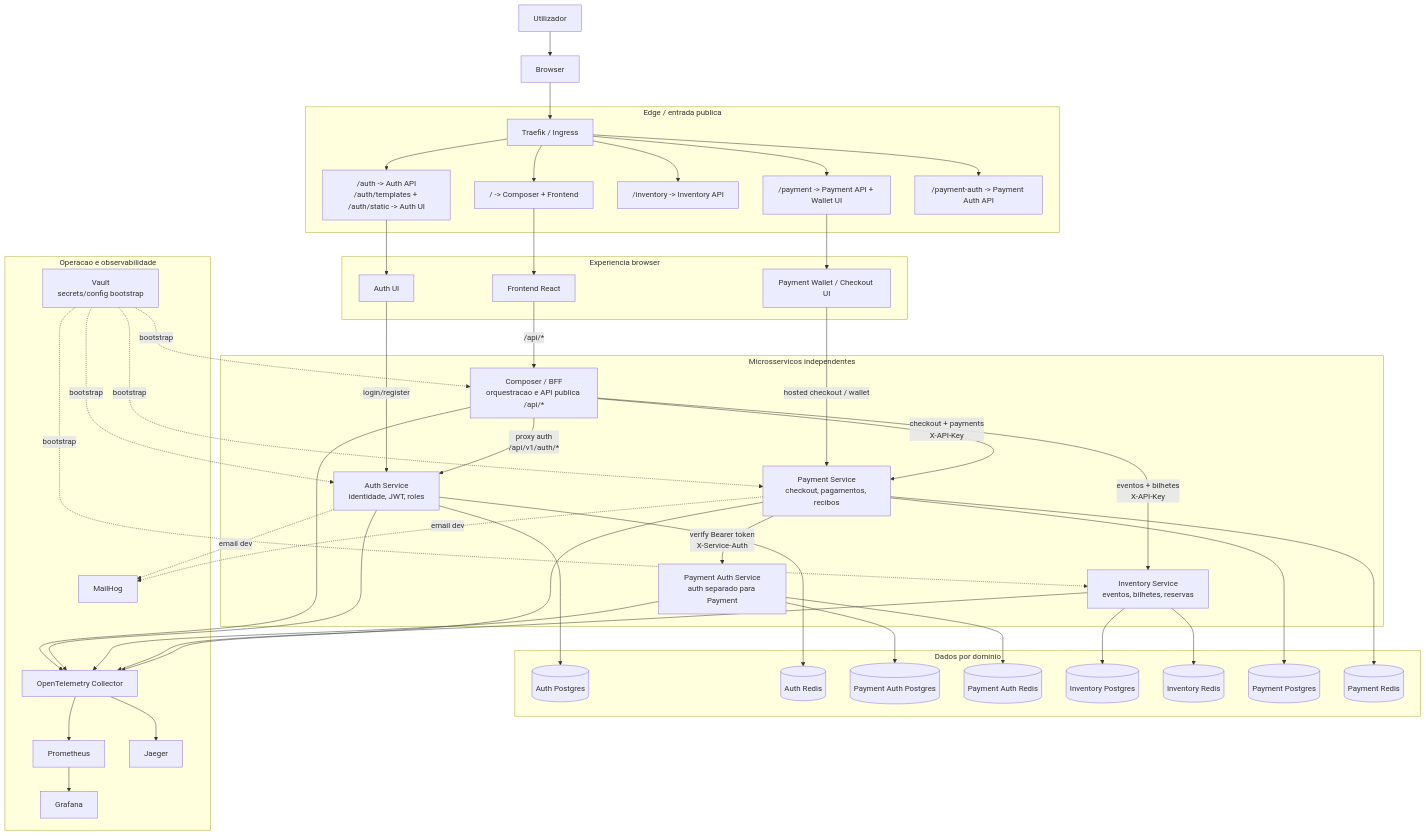
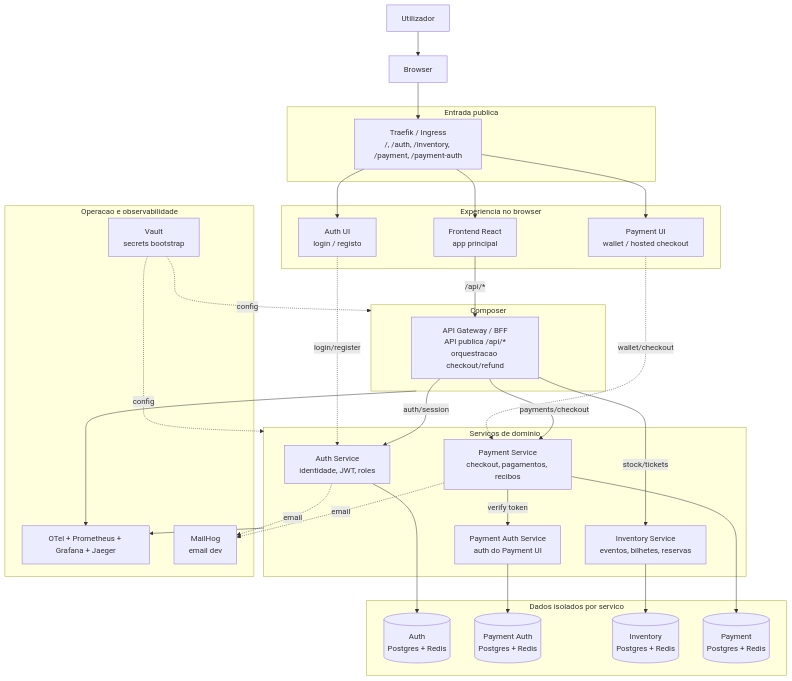
Before and after one commit to andrealex50/composer-egs: the diagram in presentacao/diagrama-arquitectura.md, drawn with Mermaid.

Commit message:
docs: simplify presentation architecture diagram

````diff
--- a/presentacao/diagrama-arquitectura.md
+++ b/presentacao/diagrama-arquitectura.md
@@ -4,90 +4,64 @@
 flowchart TB
     USER["Utilizador"] --> BROWSER["Browser"]
 
-    subgraph EDGE["Edge / entrada publica"]
-        TRAEFIK["Traefik / Ingress"]
-        ROOT["/ -> Composer + Frontend"]
-        AUTH_PUBLIC["/auth -> Auth API<br/>/auth/templates + /auth/static -> Auth UI"]
-        INV_PUBLIC["/inventory -> Inventory API"]
-        PAY_PUBLIC["/payment -> Payment API + Wallet UI"]
-        PAY_AUTH_PUBLIC["/payment-auth -> Payment Auth API"]
+    subgraph EDGE["Entrada publica"]
+        INGRESS["Traefik / Ingress<br/>/, /auth, /inventory, /payment, /payment-auth"]
     end
 
-    BROWSER --> TRAEFIK
-    TRAEFIK --> ROOT
-    TRAEFIK --> AUTH_PUBLIC
-    TRAEFIK --> INV_PUBLIC
-    TRAEFIK --> PAY_PUBLIC
-    TRAEFIK --> PAY_AUTH_PUBLIC
+    BROWSER --> INGRESS
 
-    subgraph FRONTEND["Experiencia browser"]
-        FE["Frontend React"]
-        AUTH_UI["Auth UI"]
-        PAY_UI["Payment Wallet / Checkout UI"]
+    subgraph UI["Experiencia no browser"]
+        FE["Frontend React<br/>app principal"]
+        AUTH_UI["Auth UI<br/>login / registo"]
+        PAY_UI["Payment UI<br/>wallet / hosted checkout"]
     end
 
-    ROOT --> FE
-    AUTH_PUBLIC --> AUTH_UI
-    PAY_PUBLIC --> PAY_UI
+    INGRESS --> FE
+    INGRESS --> AUTH_UI
+    INGRESS --> PAY_UI
 
-    subgraph SERVICES["Microsservicos independentes"]
-        COMPOSER["Composer / BFF<br/>orquestracao e API publica /api/*"]
+    subgraph BFF["Composer"]
+        COMPOSER["API Gateway / BFF<br/>API publica /api/*<br/>orquestracao checkout/refund"]
+    end
+
+    subgraph DOMAIN["Servicos de dominio"]
         AUTH["Auth Service<br/>identidade, JWT, roles"]
         INVENTORY["Inventory Service<br/>eventos, bilhetes, reservas"]
         PAYMENT["Payment Service<br/>checkout, pagamentos, recibos"]
-        PAYMENT_AUTH["Payment Auth Service<br/>auth separado para Payment"]
+        PAYMENT_AUTH["Payment Auth Service<br/>auth do Payment UI"]
     end
 
     FE -->|"/api/*"| COMPOSER
-    AUTH_UI -->|"login/register"| AUTH
-    PAY_UI -->|"hosted checkout / wallet"| PAYMENT
+    AUTH_UI -. login/register .-> AUTH
+    PAY_UI -. wallet/checkout .-> PAYMENT
 
-    COMPOSER -->|"proxy auth<br/>/api/v1/auth/*"| AUTH
-    COMPOSER -->|"eventos + bilhetes<br/>X-API-Key"| INVENTORY
-    COMPOSER -->|"checkout + payments<br/>X-API-Key"| PAYMENT
-    PAYMENT -->|"verify Bearer token<br/>X-Service-Auth"| PAYMENT_AUTH
+    COMPOSER -->|"auth/session"| AUTH
+    COMPOSER -->|"stock/tickets"| INVENTORY
+    COMPOSER -->|"payments/checkout"| PAYMENT
+    PAYMENT -->|"verify token"| PAYMENT_AUTH
 
-    subgraph DATA["Dados por dominio"]
-        AUTH_DB[("Auth Postgres")]
-        AUTH_REDIS[("Auth Redis")]
-        PAUTH_DB[("Payment Auth Postgres")]
-        PAUTH_REDIS[("Payment Auth Redis")]
-        INV_DB[("Inventory Postgres")]
-        INV_REDIS[("Inventory Redis")]
-        PAY_DB[("Payment Postgres")]
-        PAY_REDIS[("Payment Redis")]
+    subgraph DATA["Dados isolados por servico"]
+        AUTH_DATA[("Auth<br/>Postgres + Redis")]
+        PAUTH_DATA[("Payment Auth<br/>Postgres + Redis")]
+        INV_DATA[("Inventory<br/>Postgres + Redis")]
+        PAY_DATA[("Payment<br/>Postgres + Redis")]
     end
 
-    AUTH --> AUTH_DB
-    AUTH --> AUTH_REDIS
-    PAYMENT_AUTH --> PAUTH_DB
-    PAYMENT_AUTH --> PAUTH_REDIS
-    INVENTORY --> INV_DB
-    INVENTORY --> INV_REDIS
-    PAYMENT --> PAY_DB
-    PAYMENT --> PAY_REDIS
+    AUTH --> AUTH_DATA
+    PAYMENT_AUTH --> PAUTH_DATA
+    INVENTORY --> INV_DATA
+    PAYMENT --> PAY_DATA
 
     subgraph OPS["Operacao e observabilidade"]
-        VAULT["Vault<br/>secrets/config bootstrap"]
-        OTEL["OpenTelemetry Collector"]
-        PROM["Prometheus"]
-        GRAF["Grafana"]
-        JAEGER["Jaeger"]
-        MAIL["MailHog"]
+        VAULT["Vault<br/>secrets bootstrap"]
+        OBS["OTel + Prometheus + Grafana + Jaeger"]
+        MAIL["MailHog<br/>email dev"]
     end
 
-    VAULT -. bootstrap .-> COMPOSER
-    VAULT -. bootstrap .-> AUTH
-    VAULT -. bootstrap .-> INVENTORY
-    VAULT -. bootstrap .-> PAYMENT
-    COMPOSER --> OTEL
-    AUTH --> OTEL
-    PAYMENT_AUTH --> OTEL
-    INVENTORY --> OTEL
-    PAYMENT --> OTEL
-    OTEL --> PROM
-    OTEL --> JAEGER
-    PROM --> GRAF
-    AUTH -. email dev .-> MAIL
-    PAYMENT -. email dev .-> MAIL
+    VAULT -. config .-> BFF
+    VAULT -. config .-> DOMAIN
+    BFF --> OBS
+    DOMAIN --> OBS
+    AUTH -. email .-> MAIL
+    PAYMENT -. email .-> MAIL
 ```
````
